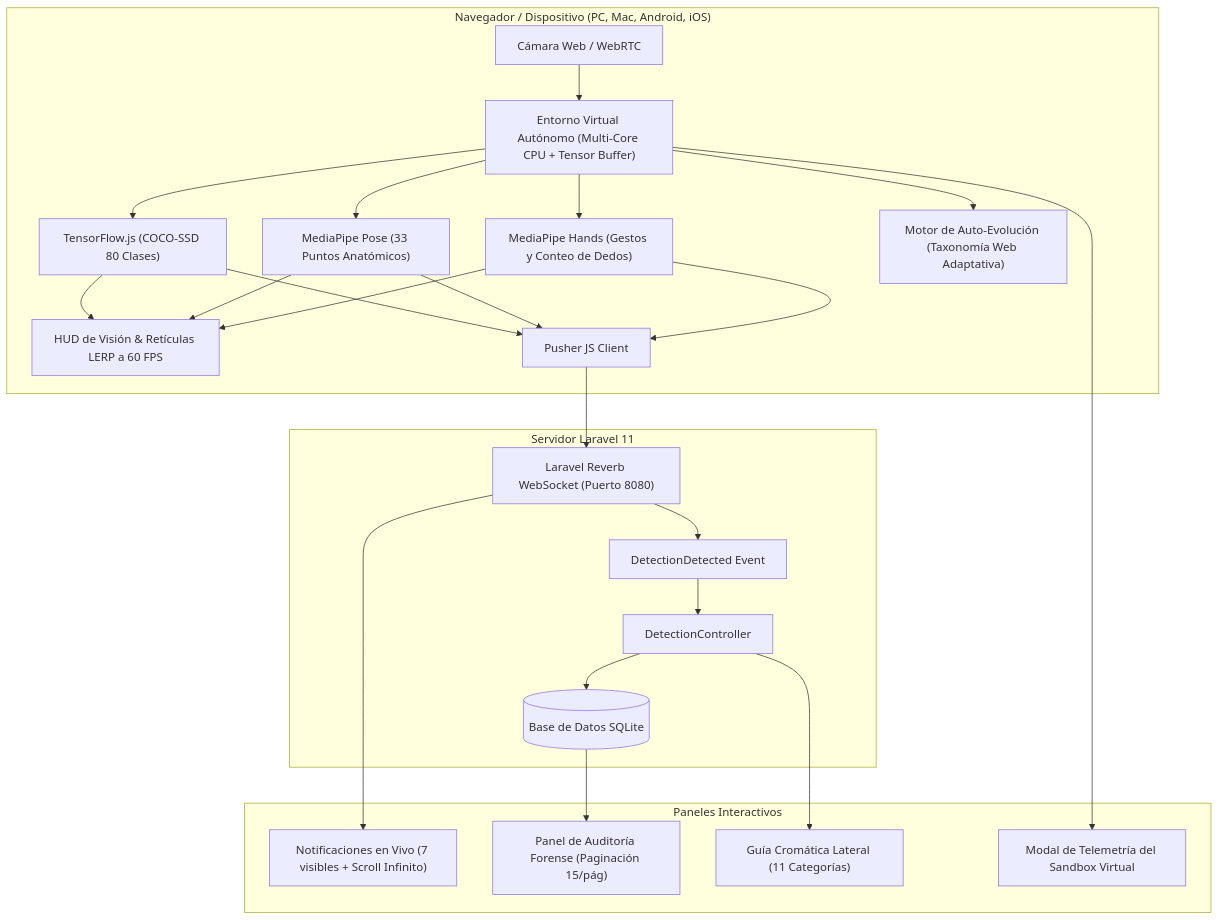
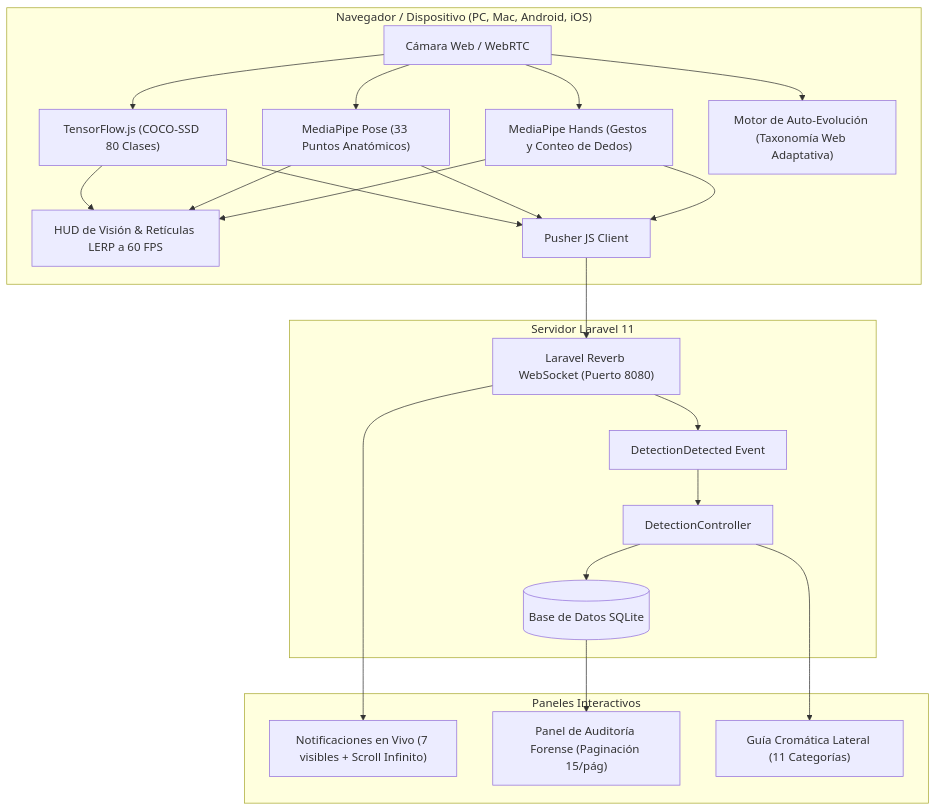
The diagram in README.md (MiguelCarlosRojas/dbComputech), drawn with Mermaid before and after one commit. The commit also changed other lines of this file and 2 other files, not shown here.

Commit message:
Eliminar completamente el entorno virtual y su modal del sistema

````diff
--- a/README.md
+++ b/README.md
@@ -36,26 +35,24 @@
 ```mermaid
 graph TD
     subgraph Cliente ["Navegador / Dispositivo (PC, Mac, Android, iOS)"]
-        CAM["Cámara Web / WebRTC"] --> VENV["Entorno Virtual Autónomo (Multi-Core CPU + Tensor Buffer)"]
-        VENV --> TF["TensorFlow.js (COCO-SSD 80 Clases)"]
-        VENV --> MP_POSE["MediaPipe Pose (33 Puntos Anatómicos)"]
-        VENV --> MP_HANDS["MediaPipe Hands (Gestos y Conteo de Dedos)"]
-        VENV --> EVO["Motor de Auto-Evolución (Taxonomía Web Adaptativa)"]
+        CAM["Cámara Web / WebRTC"] --> TF["TensorFlow.js (COCO-SSD 80 Clases)"]
+        CAM --> MP_POSE["MediaPipe Pose (33 Puntos Anatómicos)"]
+        CAM --> MP_HANDS["MediaPipe Hands (Gestos y Conteo de Dedos)"]
+        CAM --> EVO["Motor de Auto-Evolución (Taxonomía Web Adaptativa)"]
         TF & MP_POSE & MP_HANDS --> HUD["HUD de Visión & Retículas LERP a 60 FPS"]
         TF & MP_POSE & MP_HANDS --> PUSHER["Pusher JS Client"]
     end
 
     subgraph Backend ["Servidor Laravel 11"]
         PUSHER --> REVERB["Laravel Reverb WebSocket (Puerto 8080)"]
         REVERB --> EVENT["DetectionDetected Event"]
         EVENT --> CONTROLLER["DetectionController"]
         CONTROLLER --> DB[("Base de Datos SQLite")]
     end
 
     subgraph Interfaz ["Paneles Interactivos"]
         REVERB --> FEED["Notificaciones en Vivo (7 visibles + Scroll Infinito)"]
         DB --> DRAWER_R["Panel de Auditoría Forense (Paginación 15/pág)"]
         CONTROLLER --> DRAWER_L["Guía Cromática Lateral (11 Categorías)"]
-        VENV --> MODAL_V["Modal de Telemetría del Sandbox Virtual"]
     end
 ```
````
